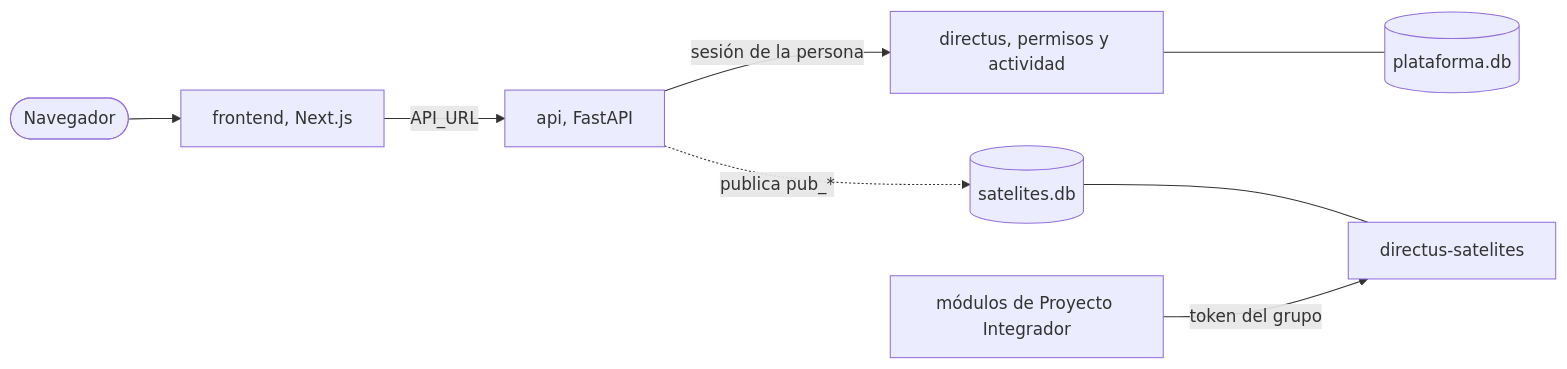
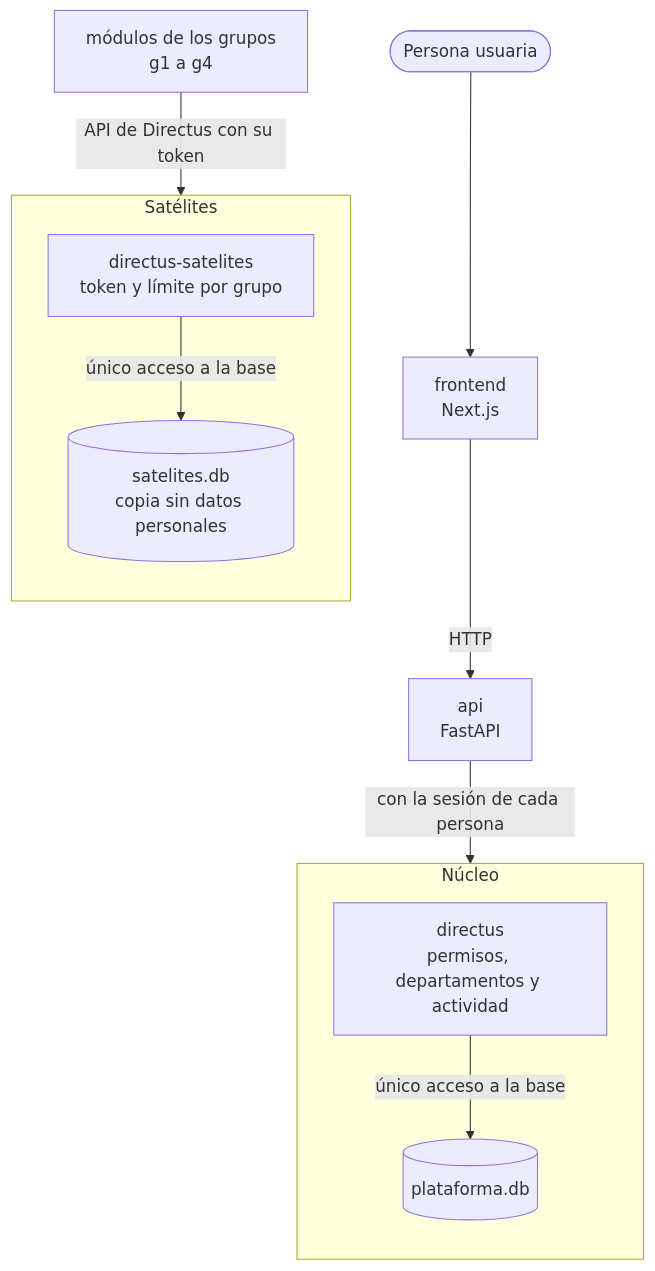
The diagram in README.md (Capstone-2026-DISC/DISC-Scheduling), drawn with Mermaid before and after one commit. The commit also changed other lines of this file, not shown here.

Commit message:
docs: redraw the architecture diagram around directus

````diff
--- a/README.md
+++ b/README.md
@@ -19,10 +19,22 @@
 ```mermaid
-flowchart LR
-    usuario(["Navegador"]) --> frontend["frontend, Next.js"]
-    frontend -->|API_URL| api["api, FastAPI"]
-    api -->|sesión de la persona| directus["directus, permisos y actividad"]
-    directus --- nucleo[("plataforma.db")]
-    api -.->|publica pub_*| replica[("satelites.db")]
-    replica --- satelites["directus-satelites"]
-    modulos["módulos de Proyecto Integrador"] -->|token del grupo| satelites
+flowchart TB
+    persona(["Persona usuaria"]) --> frontend["frontend<br/>Next.js"]
+    frontend -->|"HTTP"| api["api<br/>FastAPI"]
+
+    subgraph nucleo["Núcleo"]
+        direction TB
+        directus["directus<br/>permisos, departamentos y actividad"]
+        db1[("plataforma.db")]
+        directus -->|"único acceso a la base"| db1
+    end
+
+    subgraph sat["Satélites"]
+        direction TB
+        dsat["directus-satelites<br/>token y límite por grupo"]
+        db2[("satelites.db<br/>copia sin datos personales")]
+        dsat -->|"único acceso a la base"| db2
+    end
+
+    api -->|"con la sesión de cada persona"| directus
+    modulos["módulos de los grupos<br/>g1 a g4"] -->|"API de Directus con su token"| dsat
 ```
````
